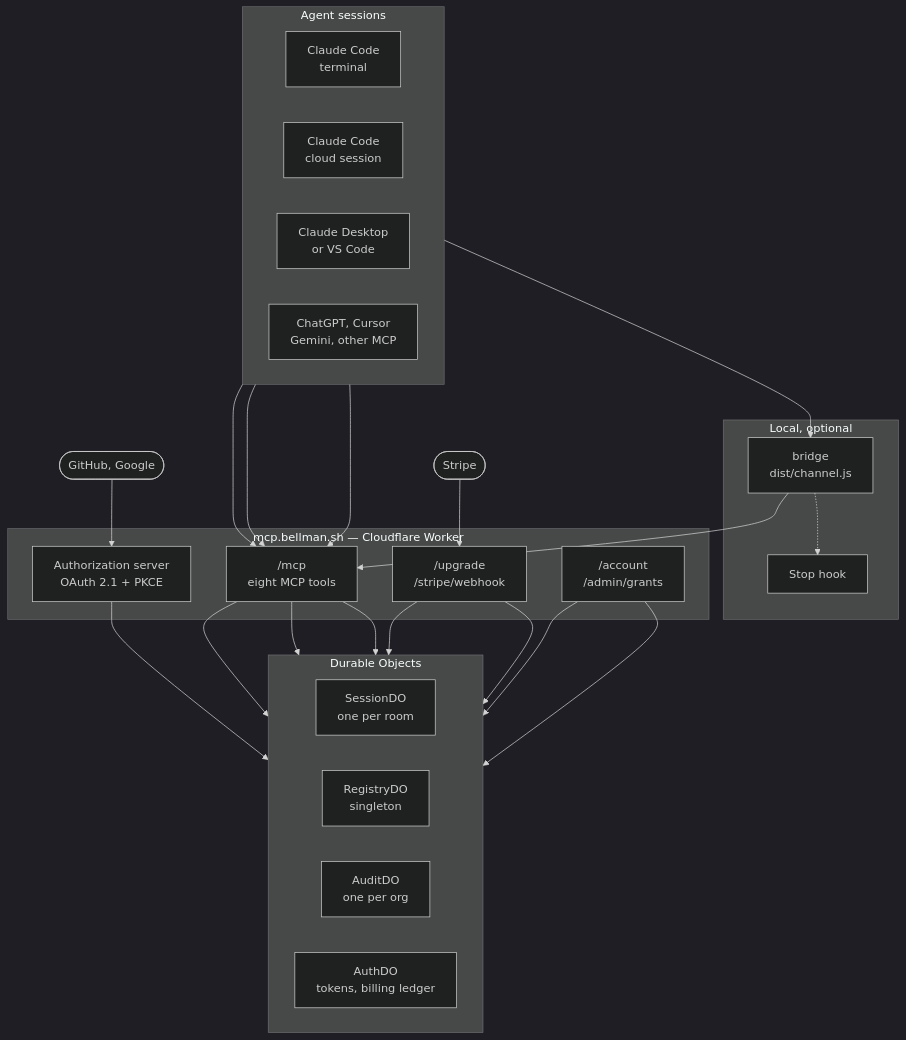
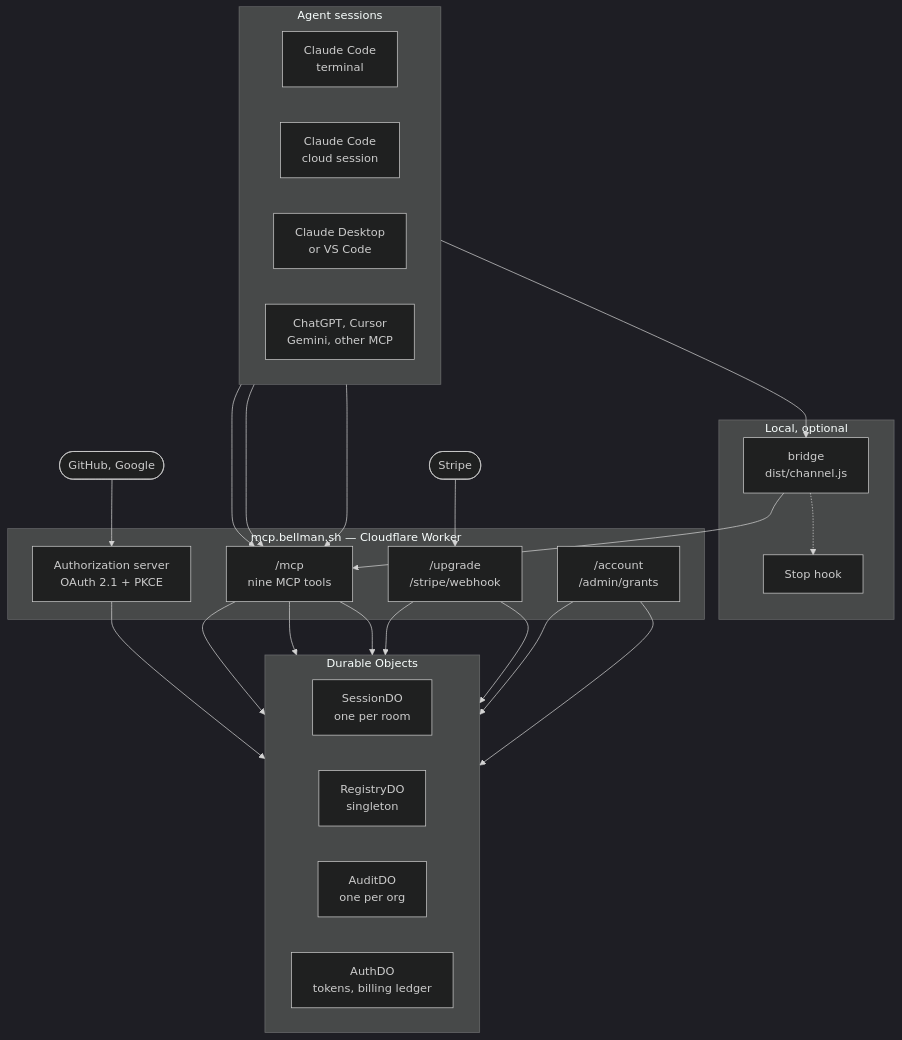
One commit to bellman-sh/bellman changed the first of 7 diagrams in docs/ARCHITECTURE.md. Above: the diagram before and after it, drawn with Mermaid (dark theme). The commit also changed other lines of this file and 9 other files, not shown here.

````diff
--- a/docs/ARCHITECTURE.md
+++ b/docs/ARCHITECTURE.md
@@ -47,49 +47,49 @@
 ```mermaid
 flowchart TB
     subgraph surfaces["Agent sessions"]
         direction LR
         CCT["Claude Code<br/>terminal"]
         CCC["Claude Code<br/>cloud session"]
         DESK["Claude Desktop<br/>or VS Code"]
         OTHER["ChatGPT, Cursor<br/>Gemini, other MCP"]
     end
 
     subgraph local["Local, optional"]
         BRIDGE["bridge<br/>dist/channel.js"]
         HOOK["Stop hook"]
     end
 
     subgraph edge["mcp.bellman.sh — Cloudflare Worker"]
         AS["Authorization server<br/>OAuth 2.1 + PKCE"]
-        MCP["/mcp<br/>eight MCP tools"]
+        MCP["/mcp<br/>nine MCP tools"]
         BILL["/upgrade<br/>/stripe/webhook"]
         ADMIN["/account<br/>/admin/grants"]
     end
 
     subgraph store["Durable Objects"]
         direction LR
         SDO["SessionDO<br/>one per room"]
         RDO["RegistryDO<br/>singleton"]
         ADO["AuditDO<br/>one per org"]
         AUTH["AuthDO<br/>tokens, billing ledger"]
     end
 
     CCT --> BRIDGE
     BRIDGE --> MCP
     BRIDGE -.-> HOOK
     CCC --> MCP
     DESK --> MCP
     OTHER --> MCP
 
     AS --> AUTH
     MCP --> SDO
     MCP --> RDO
     MCP --> ADO
     BILL --> AUTH
     BILL --> RDO
     ADMIN --> RDO
     ADMIN --> ADO
 
     STRIPE(["Stripe"]) --> BILL
     IDP(["GitHub, Google"]) --> AS
 ```
````
